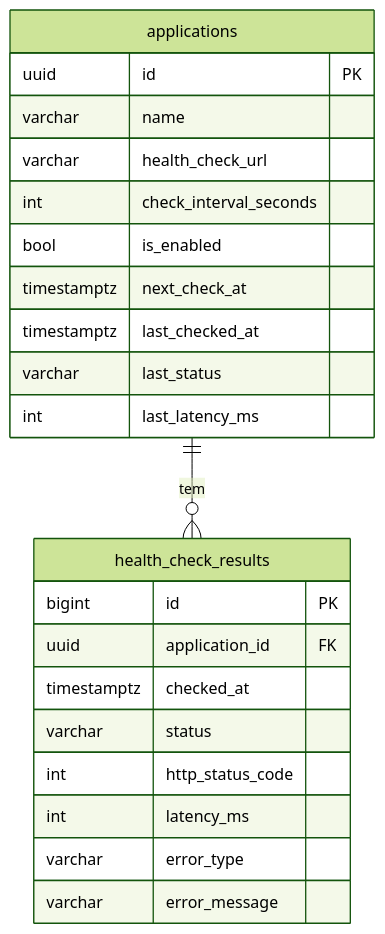
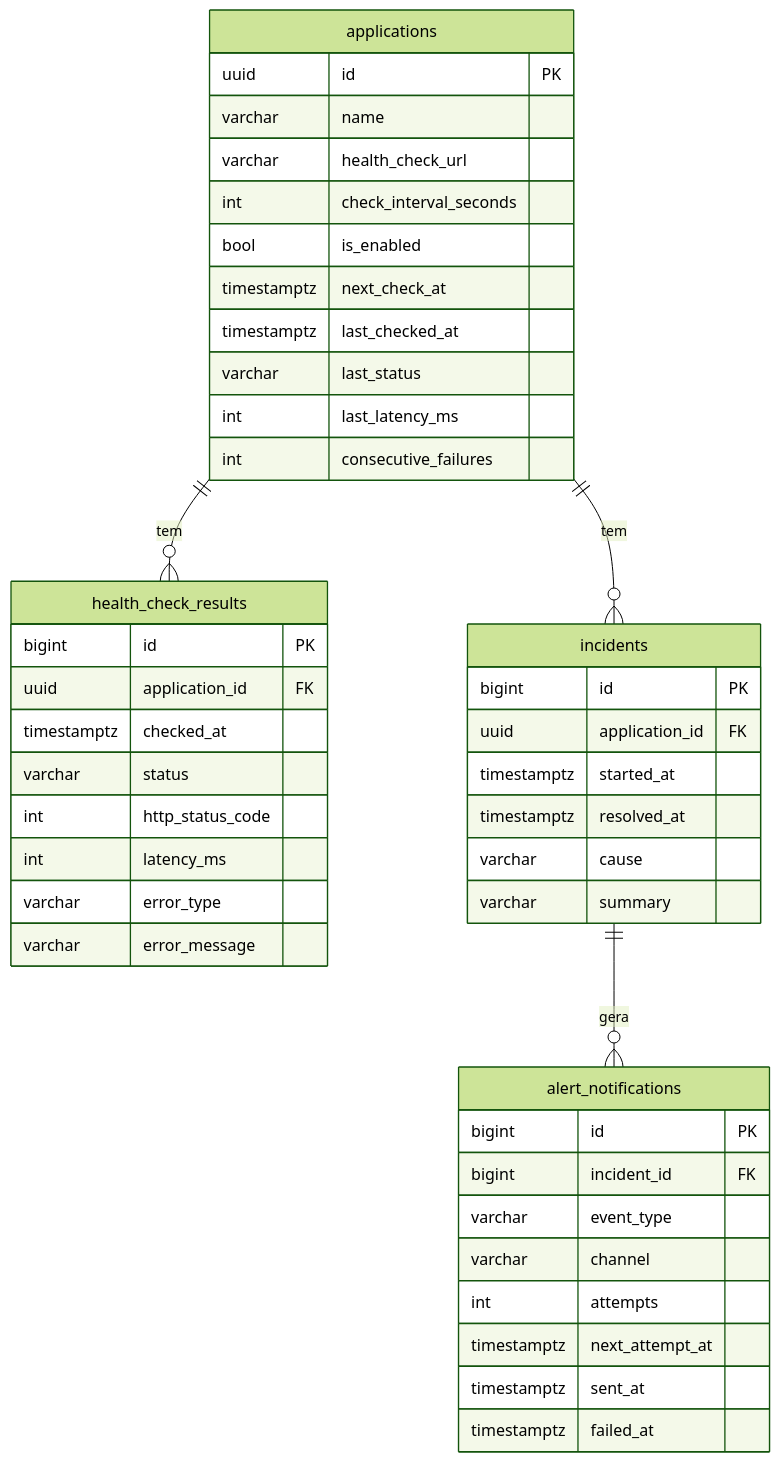
The third of 3 diagrams in README.md (Thomaiiz/deployguard), drawn with Mermaid (forest theme) before and after one commit. The commit also changed other lines of this file and 3 other files, not shown here.

````diff
--- a/README.md
+++ b/README.md
@@ -127,25 +163,46 @@
 ```mermaid
 erDiagram
     applications ||--o{ health_check_results : "tem"
+    applications ||--o{ incidents : "tem"
+    incidents ||--o{ alert_notifications : "gera"
     applications {
         uuid id PK
         varchar name
         varchar health_check_url
         int check_interval_seconds
         bool is_enabled
         timestamptz next_check_at
         timestamptz last_checked_at
         varchar last_status
         int last_latency_ms
+        int consecutive_failures
+    }
+    incidents {
+        bigint id PK
+        uuid application_id FK
+        timestamptz started_at
+        timestamptz resolved_at
+        varchar cause
+        varchar summary
+    }
+    alert_notifications {
+        bigint id PK
+        bigint incident_id FK
+        varchar event_type
+        varchar channel
+        int attempts
+        timestamptz next_attempt_at
+        timestamptz sent_at
+        timestamptz failed_at
     }
     health_check_results {
         bigint id PK
         uuid application_id FK
         timestamptz checked_at
         varchar status
         int http_status_code
         int latency_ms
         varchar error_type
         varchar error_message
     }
 ```
````
